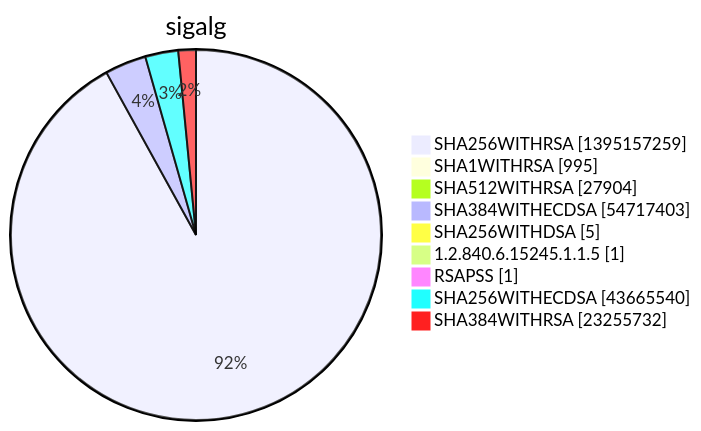
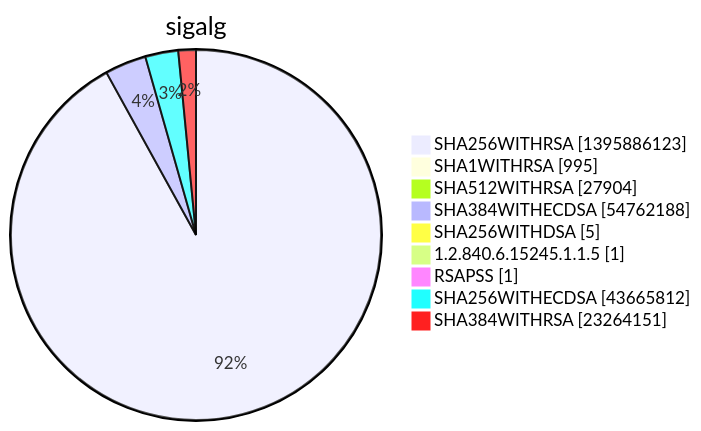
Before and after one commit to christiankrug/ctmonitor_visualization: diagram 15 of 15 in xenon2022/README.md, drawn with Mermaid. The commit also changed other lines of this file, not shown here.

````diff
--- a/xenon2022/README.md
+++ b/xenon2022/README.md
@@ -5855,13 +5855,13 @@
 ```mermaid
 pie showData
 title sigalg
-"SHA256WITHRSA" :1395157259
+"SHA256WITHRSA" :1395886123
 "SHA1WITHRSA" :995
 "SHA512WITHRSA" :27904
-"SHA384WITHECDSA" :54717403
+"SHA384WITHECDSA" :54762188
 "SHA256WITHDSA" :5
 "1.2.840.6.15245.1.1.5" :1
 "RSAPSS" :1
-"SHA256WITHECDSA" :43665540
-"SHA384WITHRSA" :23255732
+"SHA256WITHECDSA" :43665812
+"SHA384WITHRSA" :23264151
 ```
````
